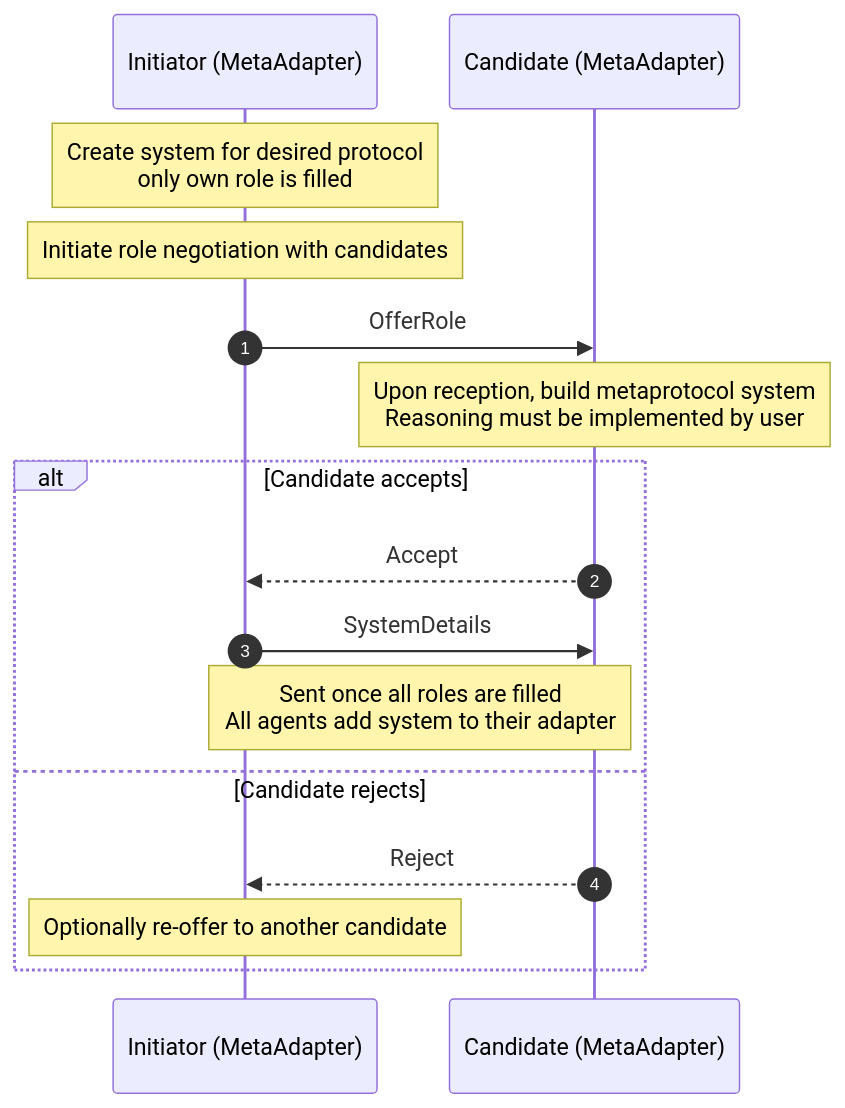
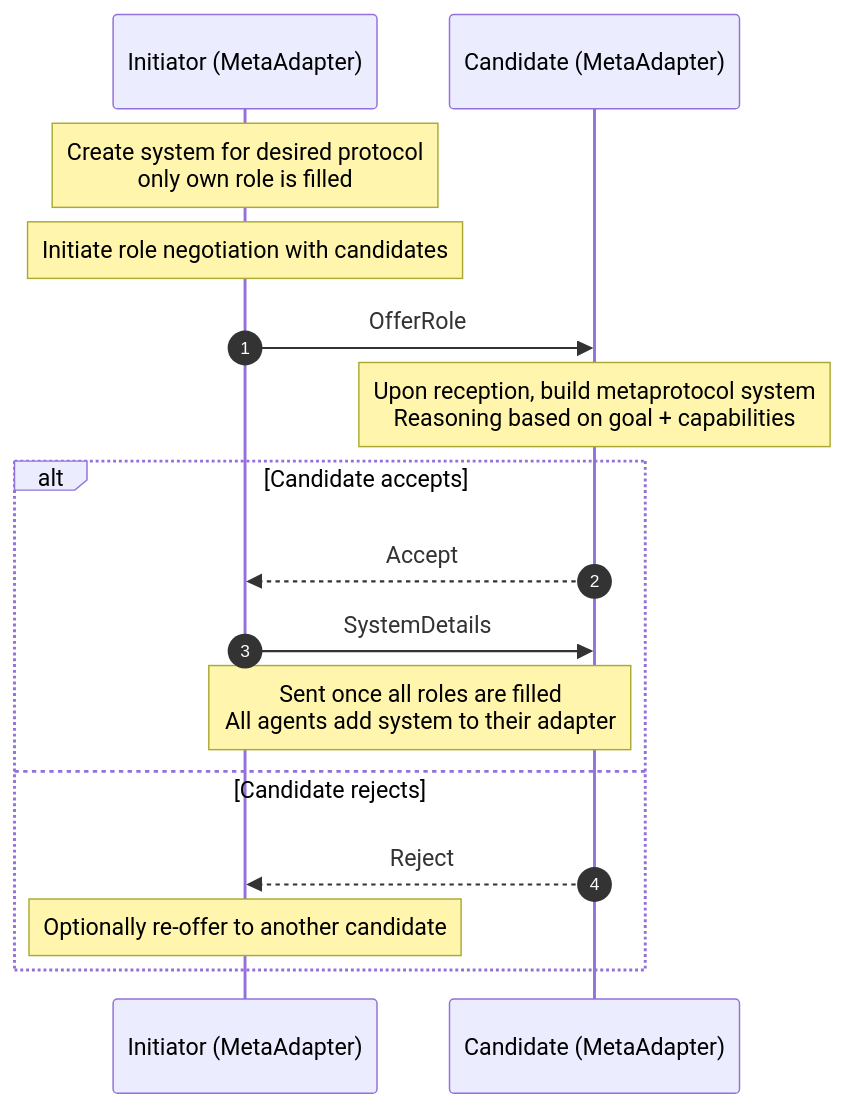
One commit to KaiTries/MasterThesis changed the diagram in README.md. Above: the diagram before and after it, drawn with Mermaid. The commit also changed other lines of this file, not shown here.

````diff
--- a/README.md
+++ b/README.md
@@ -62,21 +136,21 @@
 ```mermaid
 sequenceDiagram
     autonumber
     participant I as Initiator (MetaAdapter)
     participant C as Candidate (MetaAdapter)
 
     Note over I: Create system for desired protocol<br/>only own role is filled
     Note over I: Initiate role negotiation with candidates
 
     I->>C: OfferRole
-    Note over C: Upon reception, build metaprotocol system<br/>Reasoning must be implemented by user
+    Note over C: Upon reception, build metaprotocol system<br/>Reasoning based on goal + capabilities
 
     alt Candidate accepts
         C-->>I: Accept
         I->>C: SystemDetails
         Note over I,C: Sent once all roles are filled<br/>All agents add system to their adapter
     else Candidate rejects
         C-->>I: Reject
         Note over I: Optionally re-offer to another candidate
     end
 ```
````
